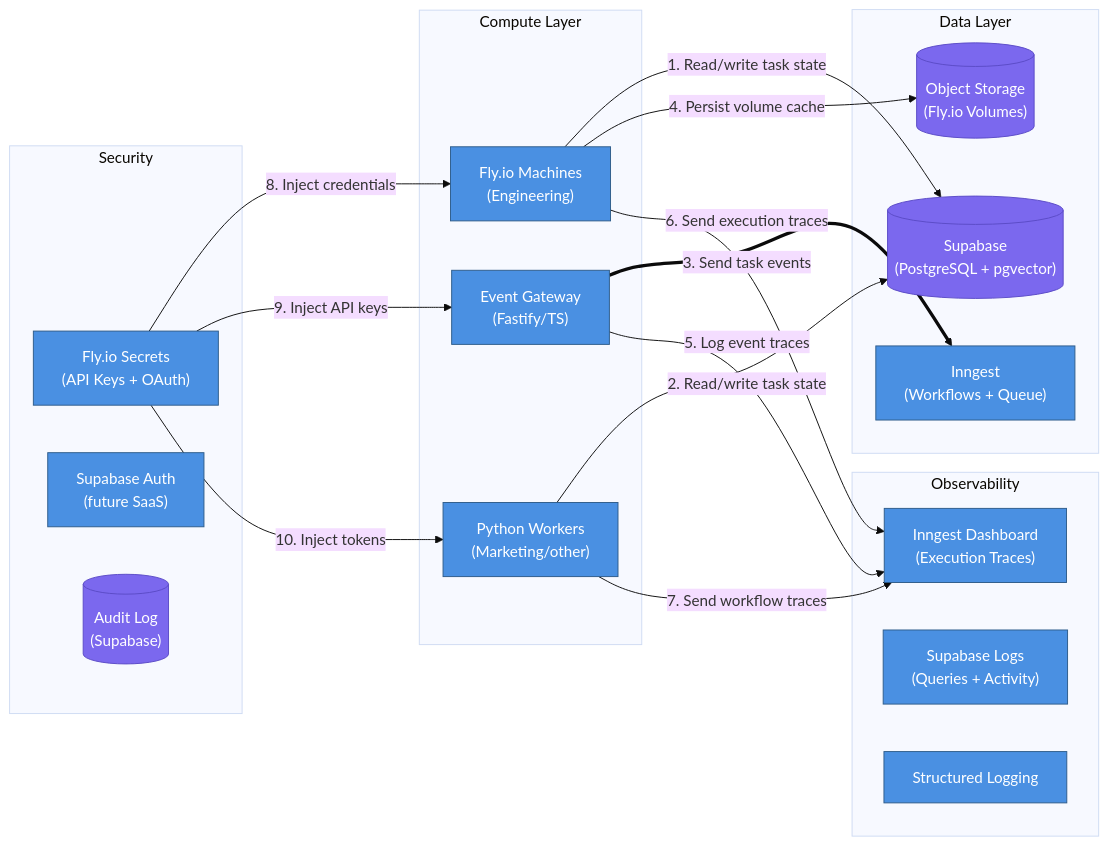
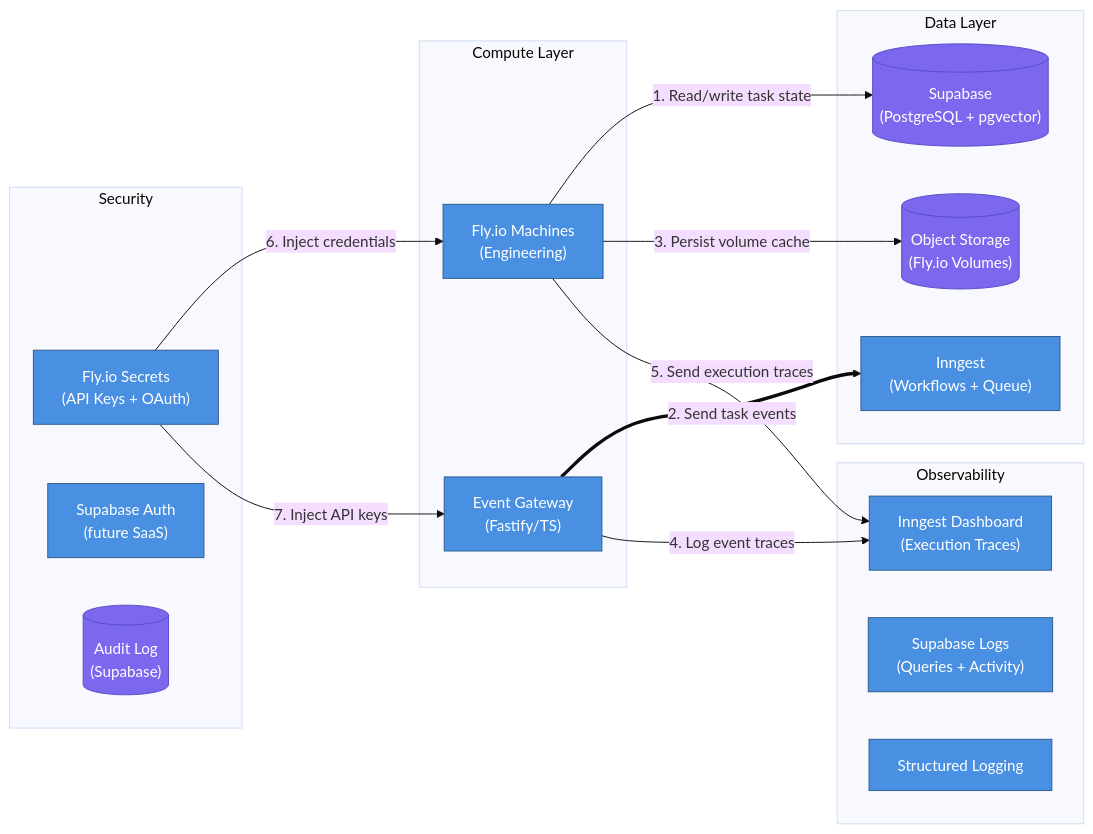
Before and after one commit to viiqswim/dozaldevs-ai-employee: diagram 13 of 15 in docs/2026-03-22-2317-ai-employee-architecture.md, drawn with Mermaid (base theme). The commit also changed other lines of this file, not shown here.

````diff
--- a/docs/2026-03-22-2317-ai-employee-architecture.md
+++ b/docs/2026-03-22-2317-ai-employee-architecture.md
@@ -1284,40 +1316,36 @@
 ```mermaid
 graph LR
     subgraph Compute Layer
         FLY["Fly.io Machines\n(Engineering)"]:::service
-        PYWORKER["Python Workers\n(Marketing/other)"]:::service
         GATEWAY["Event Gateway\n(Fastify/TS)"]:::service
     end
 
     subgraph Data Layer
         SUPABASE[("Supabase\n(PostgreSQL + pgvector)")]:::storage
         INNGEST["Inngest\n(Workflows + Queue)"]:::service
         S3[("Object Storage\n(Fly.io Volumes)")]:::storage
     end
 
     subgraph Observability
         INNGEST_DASH["Inngest Dashboard\n(Execution Traces)"]:::service
         SUPABASE_LOGS["Supabase Logs\n(Queries + Activity)"]:::service
         LOGS["Structured Logging"]:::service
     end
 
     subgraph Security
         FLYSECRTS["Fly.io Secrets\n(API Keys + OAuth)"]:::service
         SUPAUTH["Supabase Auth\n(future SaaS)"]:::service
         AUDIT[("Audit Log\n(Supabase)")]:::storage
     end
 
     FLY -->|"1. Read/write task state"| SUPABASE
-    PYWORKER -->|"2. Read/write task state"| SUPABASE
-    GATEWAY ==>|"3. Send task events"| INNGEST
-    FLY -->|"4. Persist volume cache"| S3
-    GATEWAY -->|"5. Log event traces"| INNGEST_DASH
-    FLY -->|"6. Send execution traces"| INNGEST_DASH
-    PYWORKER -->|"7. Send workflow traces"| INNGEST_DASH
-    FLYSECRTS -->|"8. Inject credentials"| FLY
-    FLYSECRTS -->|"9. Inject API keys"| GATEWAY
-    FLYSECRTS -->|"10. Inject tokens"| PYWORKER
+    GATEWAY ==>|"2. Send task events"| INNGEST
+    FLY -->|"3. Persist volume cache"| S3
+    GATEWAY -->|"4. Log event traces"| INNGEST_DASH
+    FLY -->|"5. Send execution traces"| INNGEST_DASH
+    FLYSECRTS -->|"6. Inject credentials"| FLY
+    FLYSECRTS -->|"7. Inject API keys"| GATEWAY
 
     classDef service fill:#4A90E2,stroke:#2E5C8A,color:#fff
     classDef storage fill:#7B68EE,stroke:#5B4BC7,color:#fff
 ```
````
